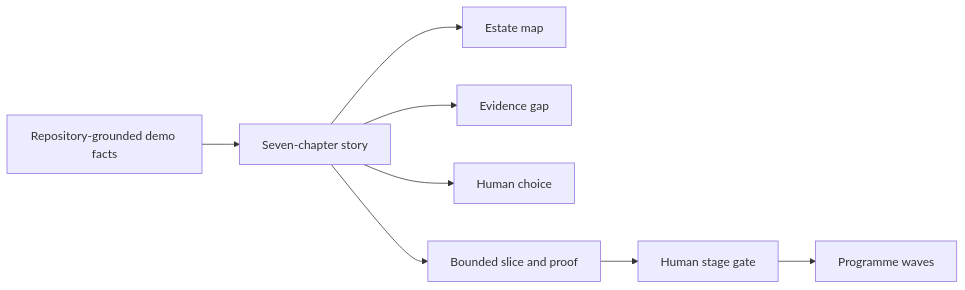
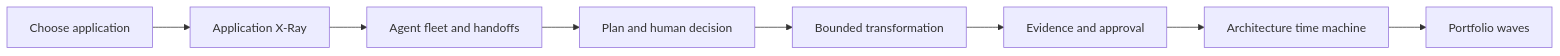
One commit to ravi0130/CopilotWith-RVAS changed the first of 2 diagrams in docs/ARCHITECTURE.md. Above: the diagram before and after it, drawn with Mermaid. The commit also changed other lines of this file and 8 other files, not shown here.

````diff
--- a/docs/ARCHITECTURE.md
+++ b/docs/ARCHITECTURE.md
@@ -7,10 +7,10 @@
 ```mermaid
 flowchart LR
-    D[Repository-grounded demo facts] --> S[Seven-chapter story]
-    S --> M[Estate map]
-    S --> E[Evidence gap]
-    S --> C[Human choice]
-    S --> P[Bounded slice and proof]
-    P --> G[Human stage gate]
-    G --> W[Programme waves]
+    M[Choose application] --> X[Application X-Ray]
+    X --> A[Agent fleet and handoffs]
+    A --> P[Plan and human decision]
+    P --> T[Bounded transformation]
+    T --> E[Evidence and approval]
+    E --> F[Architecture time machine]
+    F --> W[Portfolio waves]
 ```
````
